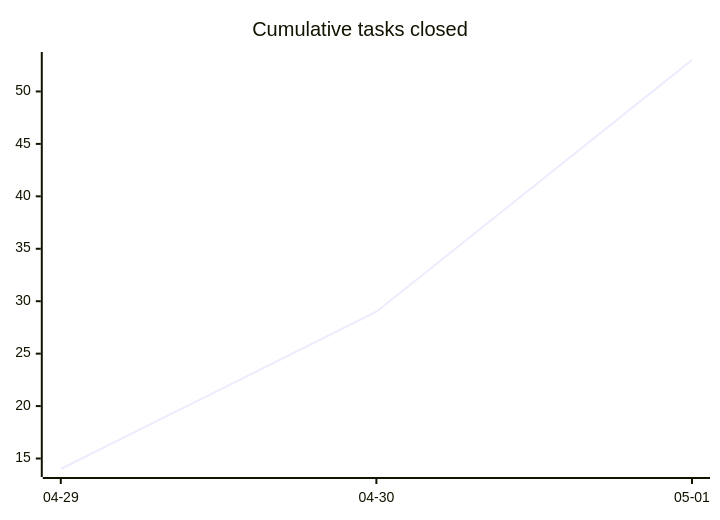
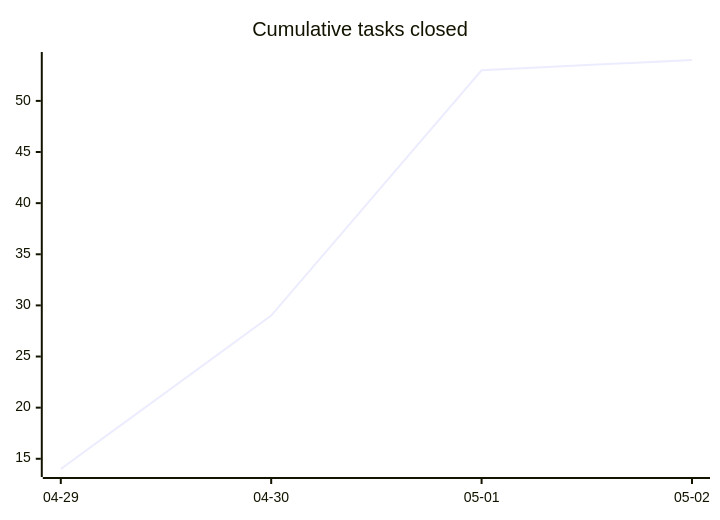
One commit to tgd1975/AwesomeStudioPedal changed the first of 3 diagrams in docs/developers/tasks/OVERVIEW.md. Above: the diagram before and after it, drawn with Mermaid. The commit also changed other lines of this file and 2 other files, not shown here.

````diff
--- a/docs/developers/tasks/OVERVIEW.md
+++ b/docs/developers/tasks/OVERVIEW.md
@@ -22,6 +22,6 @@
 ```mermaid
 xychart-beta
     title "Cumulative tasks closed"
-    x-axis ["04-29", "04-30", "05-01"]
-    line [14, 29, 53]
+    x-axis ["04-29", "04-30", "05-01", "05-02"]
+    line [14, 29, 53, 54]
 ```
````
